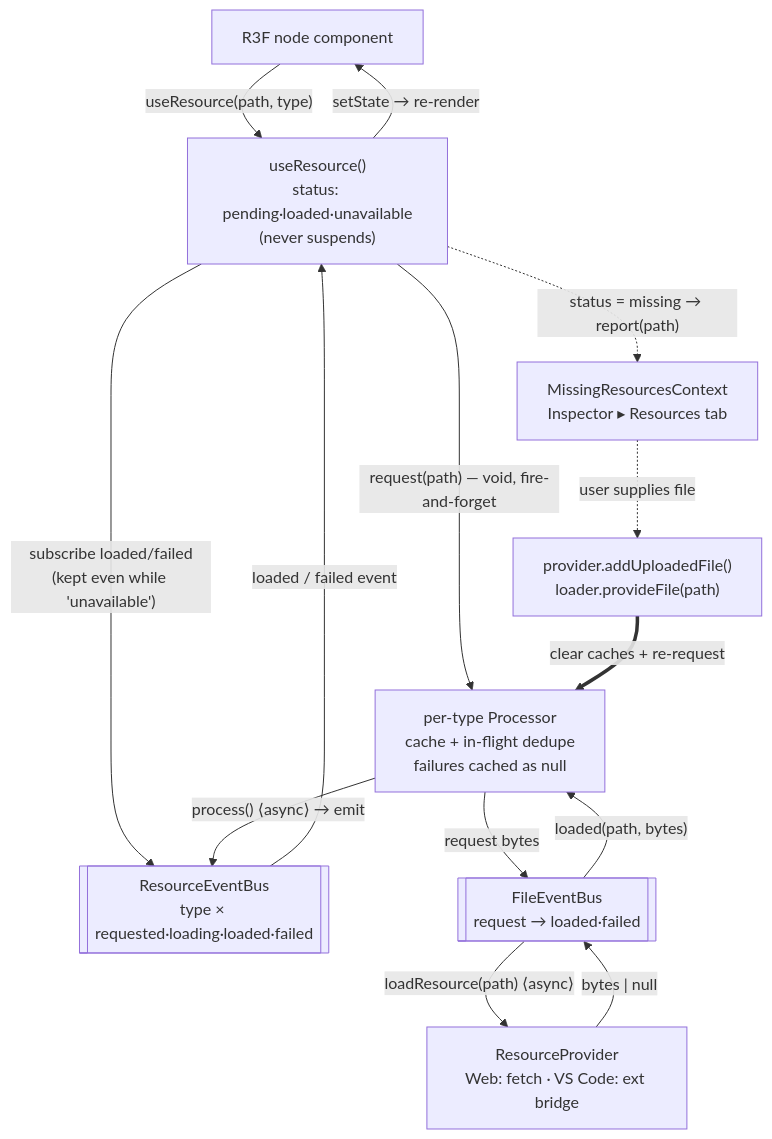
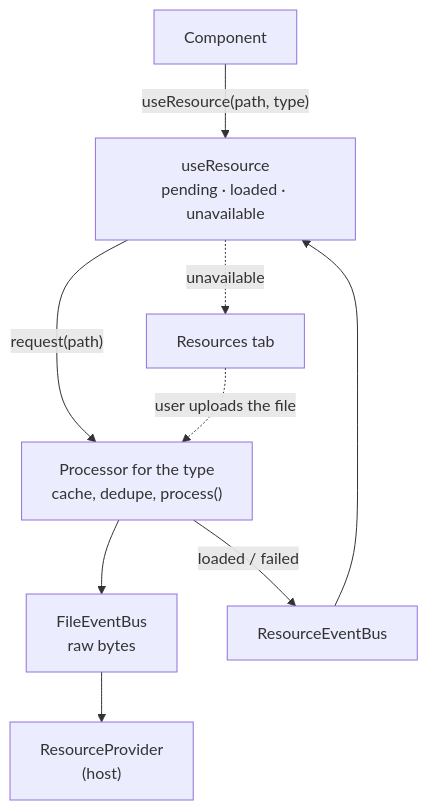
The third of 3 diagrams in ARCHITECTURE.md (Vortiago/textscene-inspector), drawn with Mermaid before and after one commit. The commit also changed other lines of this file and 4 other files, not shown here.

First line of the commit message:
docs(architecture): rewrite ARCHITECTURE.md as an overview of the design

````diff
--- a/ARCHITECTURE.md
+++ b/ARCHITECTURE.md
@@ -609,17 +154,11 @@
 ```mermaid
 flowchart TD
-  COMP["R3F node component"] -->|"useResource(path, type)"| HOOK["useResource()<br/>status: pending·loaded·unavailable<br/>(never suspends)"]
-  HOOK -->|"request(path) — void, fire-and-forget"| PROC["per-type Processor<br/>cache + in-flight dedupe<br/>failures cached as null"]
-  HOOK -->|"subscribe loaded/failed<br/>(kept even while 'unavailable')"| REB[["ResourceEventBus<br/>type × requested·loading·loaded·failed"]]
-  PROC -->|"request bytes"| FEB[["FileEventBus<br/>request → loaded·failed"]]
-  FEB -->|"loadResource(path) ⟨async⟩"| PROV["ResourceProvider<br/>Web: fetch · VS Code: ext bridge"]
-  PROV -->|"bytes | null"| FEB
-  FEB -->|"loaded(path, bytes)"| PROC
-  PROC -->|"process() ⟨async⟩ → emit"| REB
-  REB -->|"loaded / failed event"| HOOK
-  HOOK -->|"setState → re-render"| COMP
-
-  HOOK -. "status = missing → report(path)" .-> MRC["MissingResourcesContext<br/>Inspector ▸ Resources tab"]
-  MRC -. "user supplies file" .-> UP["provider.addUploadedFile()<br/>loader.provideFile(path)"]
-  UP == "clear caches + re-request" ==> PROC
+  COMP["Component"] -->|"useResource(path, type)"| HOOK["useResource<br/>pending · loaded · unavailable"]
+  HOOK -->|"request(path)"| PROC["Processor for the type<br/>cache, dedupe, process()"]
+  PROC --> FEB["FileEventBus<br/>raw bytes"]
+  FEB --> PROV["ResourceProvider<br/>(host)"]
+  PROC -->|"loaded / failed"| REB["ResourceEventBus"]
+  REB --> HOOK
+  HOOK -. "unavailable" .-> MISS["Resources tab"]
+  MISS -. "user uploads the file" .-> PROC
 ```
````
